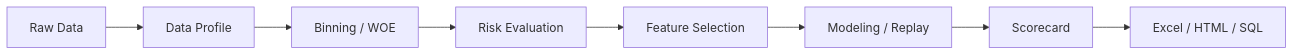
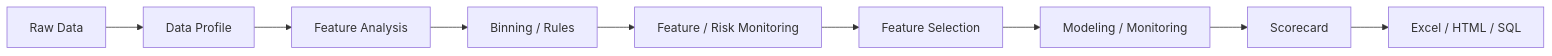
One commit to leeesq/mars-risk changed the diagram in README.md. Above: the diagram before and after it, drawn with Mermaid. The commit also changed other lines of this file, not shown here.

````diff
--- a/README.md
+++ b/README.md
@@ -34,10 +36,11 @@
 ```mermaid
 flowchart LR
     A["Raw Data"] --> B["Data Profile"]
-    B --> C["Binning / WOE"]
-    C --> D["Risk Evaluation"]
-    D --> E["Feature Selection"]
-    E --> F["Modeling / Replay"]
-    F --> G["Scorecard"]
-    G --> H["Excel / HTML / SQL"]
+    B --> C["Feature Analysis"]
+    C --> D["Binning / Rules"]
+    D --> E["Feature / Risk Monitoring"]
+    E --> F["Feature Selection"]
+    F --> G["Modeling / Monitoring"]
+    G --> H["Scorecard"]
+    H --> I["Excel / HTML / SQL"]
 ```
````
